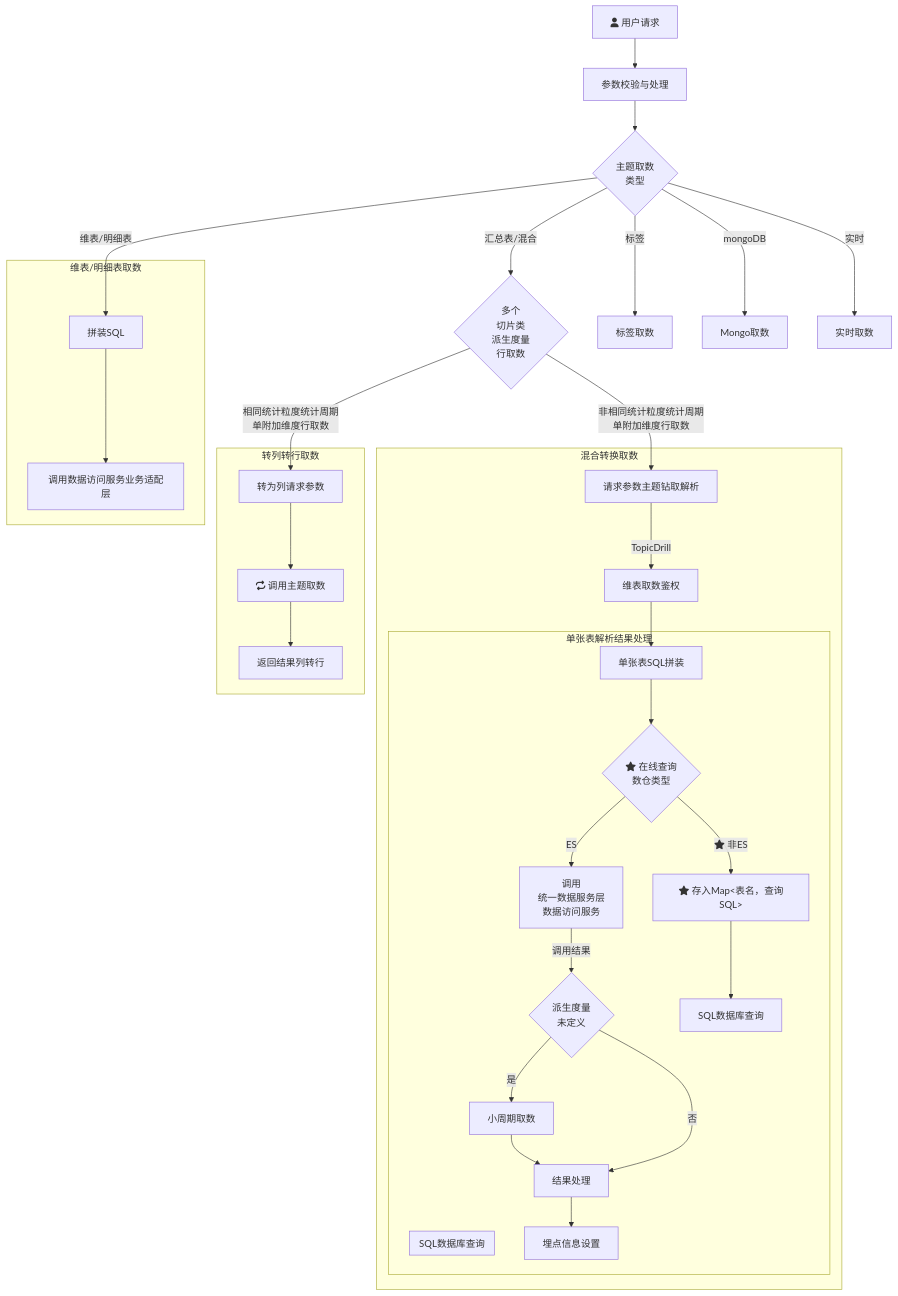
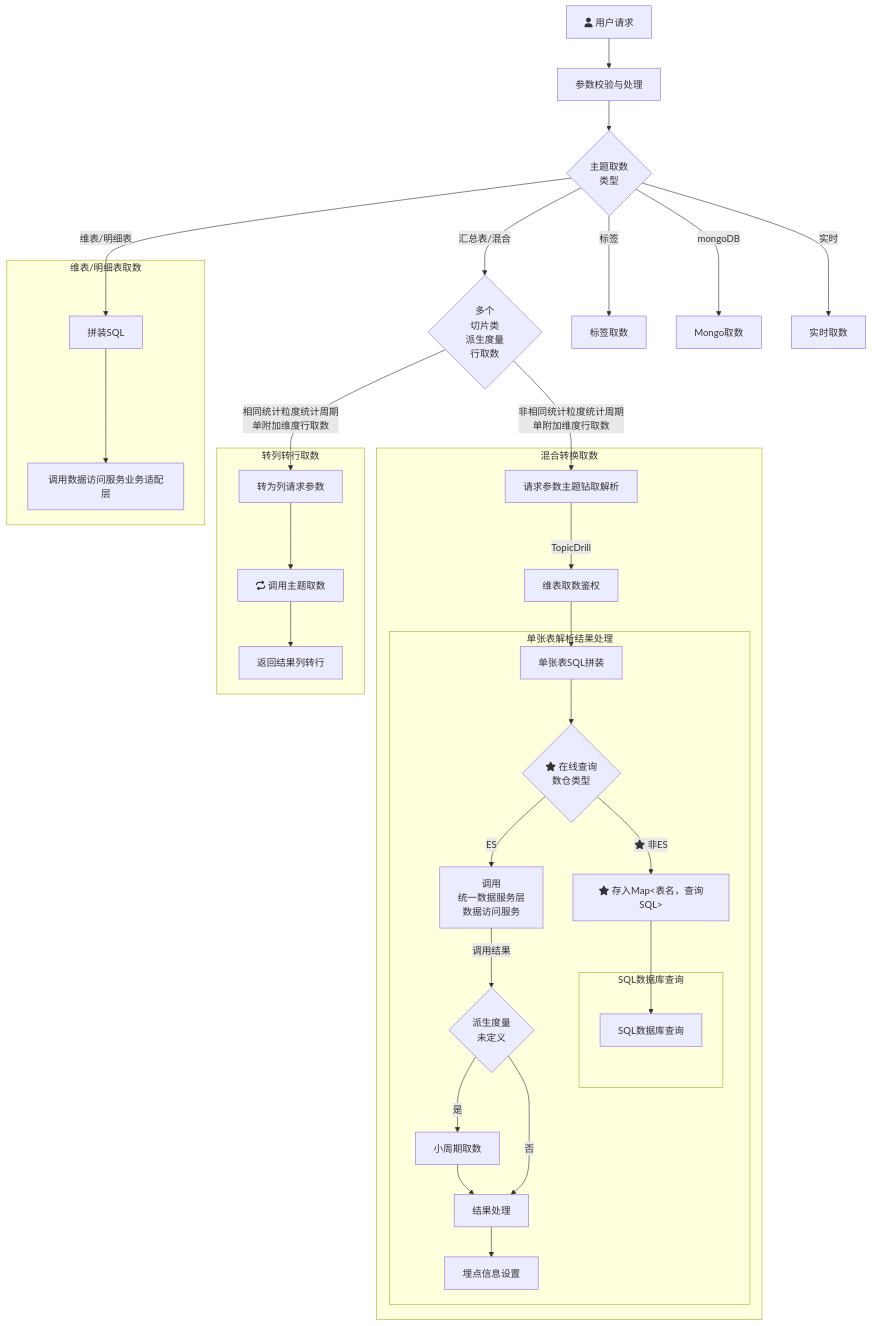
One commit to yanglosm/iodraw-files changed the diagram in all/未命名.md. Above: the diagram before and after it, drawn with Mermaid.

Commit message:
2024-11-29 19:31:19 update

````diff
--- a/all/未命名.md
+++ b/all/未命名.md
@@ -1,30 +1,30 @@
 ```mermaid
 flowchart TD
     A[fa:fa-user 用户请求] -->A1[参数校验与处理] --> B{主题取数\n类型}
     B -->|维表/明细表| D[拼装SQL]
     B -->|汇总表/混合| E{多个\n切片类\n派生度量\n行取数}
     B -->|标签| F[标签取数]
     B -->|mongoDB| G[Mongo取数]
     B -->|实时| H[实时取数]
     E -->|相同统计粒度统计周期\n单附加维度行取数| E1[转为列请求参数]
     E -->|非相同统计粒度统计周期\n单附加维度行取数| T1[请求参数主题钻取解析]
     subgraph 维表/明细表取数
     D-->D1[调用数据访问服务业务适配层]
     end
     subgraph 转列转行取数
     E1-->E11[fa:fa-repeat 调用主题取数]-->E12[返回结果列转行]
     end
     subgraph 混合转换取数
     T1-->|TopicDrill| T2[维表取数鉴权] --> T31[单张表SQL拼装]
         subgraph 单张表解析结果处理
         T31 --> T4{fa:fa-star 在线查询\n数仓类型}-->|ES|T32[调用\n统一数据服务层\n数据访问服务] --> |调用结果|T33{派生度量\n未定义}
         T33 --> |是|T33_1[小周期取数]-->T34[结果处理]-->T35[埋点信息设置]
         T33 --> |否|T34
         T4 --> |fa:fa-star 非ES|T41["fa:fa-star 存入Map<表名，查询SQL>"]
         T41 --> T42[SQL数据库查询]
             subgraph SQL数据库查询
-            
+            T42
             end
         end
     end
 ```
````
